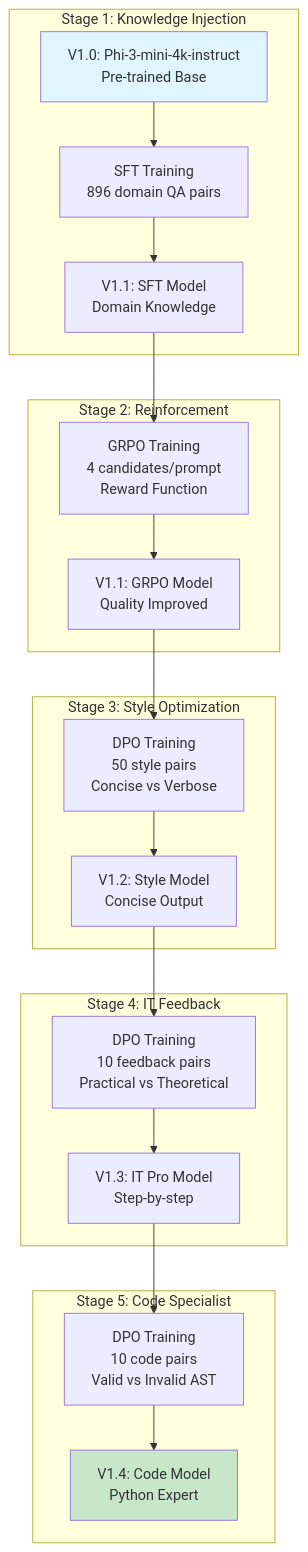
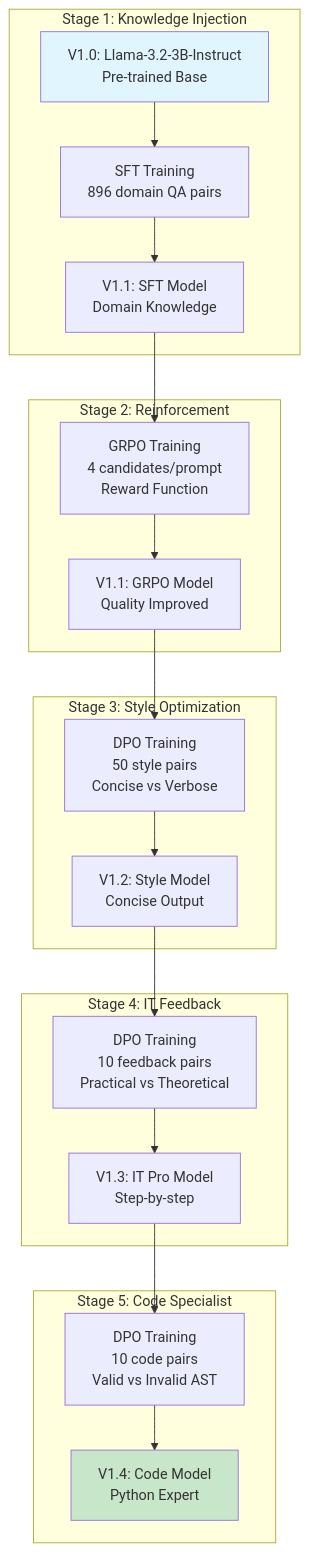
Before and after one commit to david-xinyuwei/david-share: the diagram in Deep-Learning/AIPC-Agent-Training/README.md, drawn with Mermaid. The commit also changed other lines of this file and 11 other files, not shown here.

````diff
--- a/Deep-Learning/AIPC-Agent-Training/README.md
+++ b/Deep-Learning/AIPC-Agent-Training/README.md
@@ -36,36 +36,36 @@
 ```mermaid
 graph TB
     subgraph "Stage 1: Knowledge Injection"
-        V0[V1.0: Phi-3-mini-4k-instruct<br/>Pre-trained Base]
+        V0[V1.0: Llama-3.2-3B-Instruct<br/>Pre-trained Base]
         SFT[SFT Training<br/>896 domain QA pairs]
         V1[V1.1: SFT Model<br/>Domain Knowledge]
         V0 --> SFT --> V1
     end
     
     subgraph "Stage 2: Reinforcement"
         GRPO[GRPO Training<br/>4 candidates/prompt<br/>Reward Function]
         V1_GRPO[V1.1: GRPO Model<br/>Quality Improved]
         V1 --> GRPO --> V1_GRPO
     end
     
     subgraph "Stage 3: Style Optimization"
         DPO1[DPO Training<br/>50 style pairs<br/>Concise vs Verbose]
         V2[V1.2: Style Model<br/>Concise Output]
         V1_GRPO --> DPO1 --> V2
     end
     
     subgraph "Stage 4: IT Feedback"
         DPO2[DPO Training<br/>10 feedback pairs<br/>Practical vs Theoretical]
         V3[V1.3: IT Pro Model<br/>Step-by-step]
         V2 --> DPO2 --> V3
     end
     
     subgraph "Stage 5: Code Specialist"
         DPO3[DPO Training<br/>10 code pairs<br/>Valid vs Invalid AST]
         V4[V1.4: Code Model<br/>Python Expert]
         V3 --> DPO3 --> V4
     end
     
     style V0 fill:#e1f5fe
     style V4 fill:#c8e6c9
 ```
````
